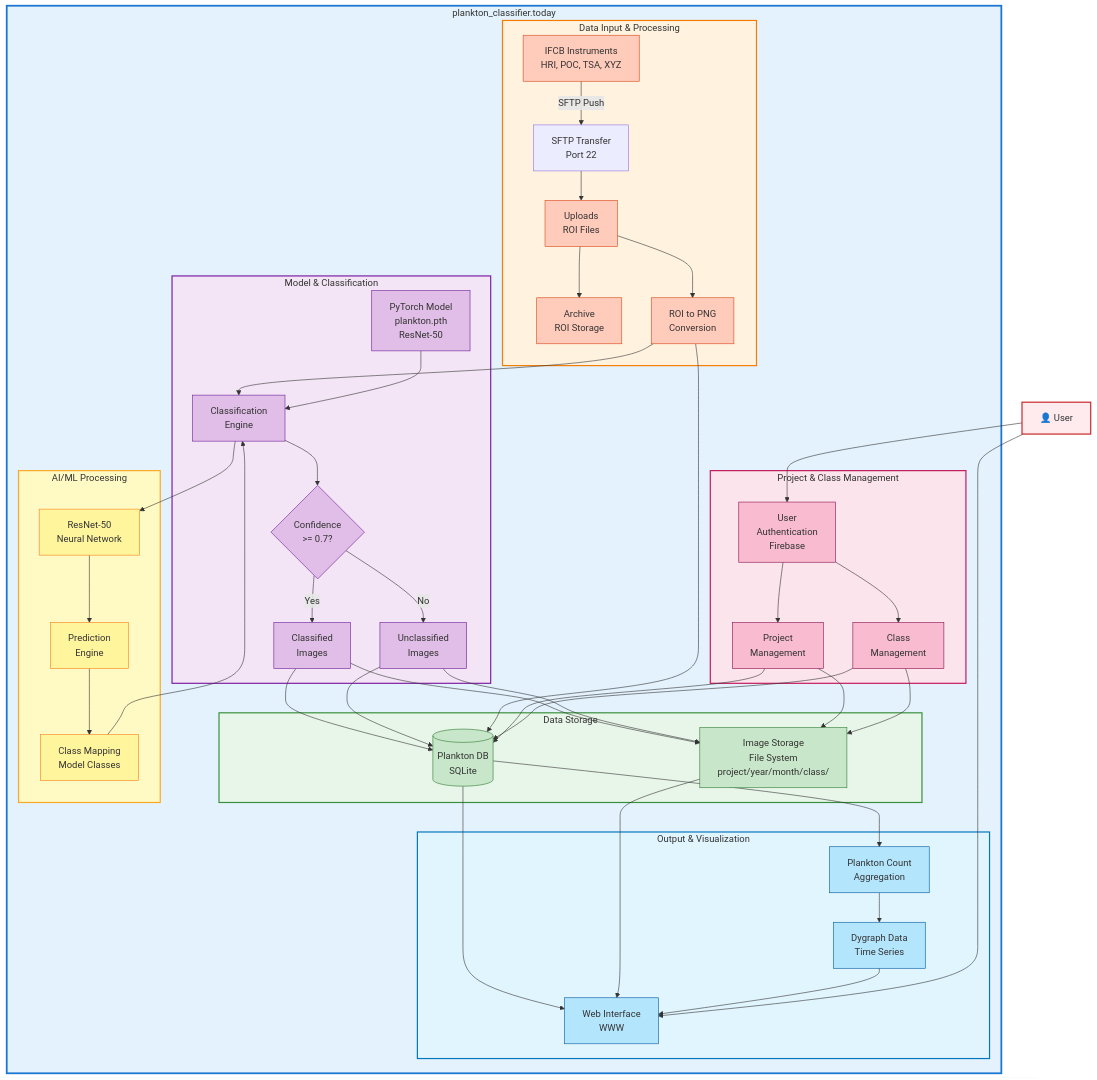
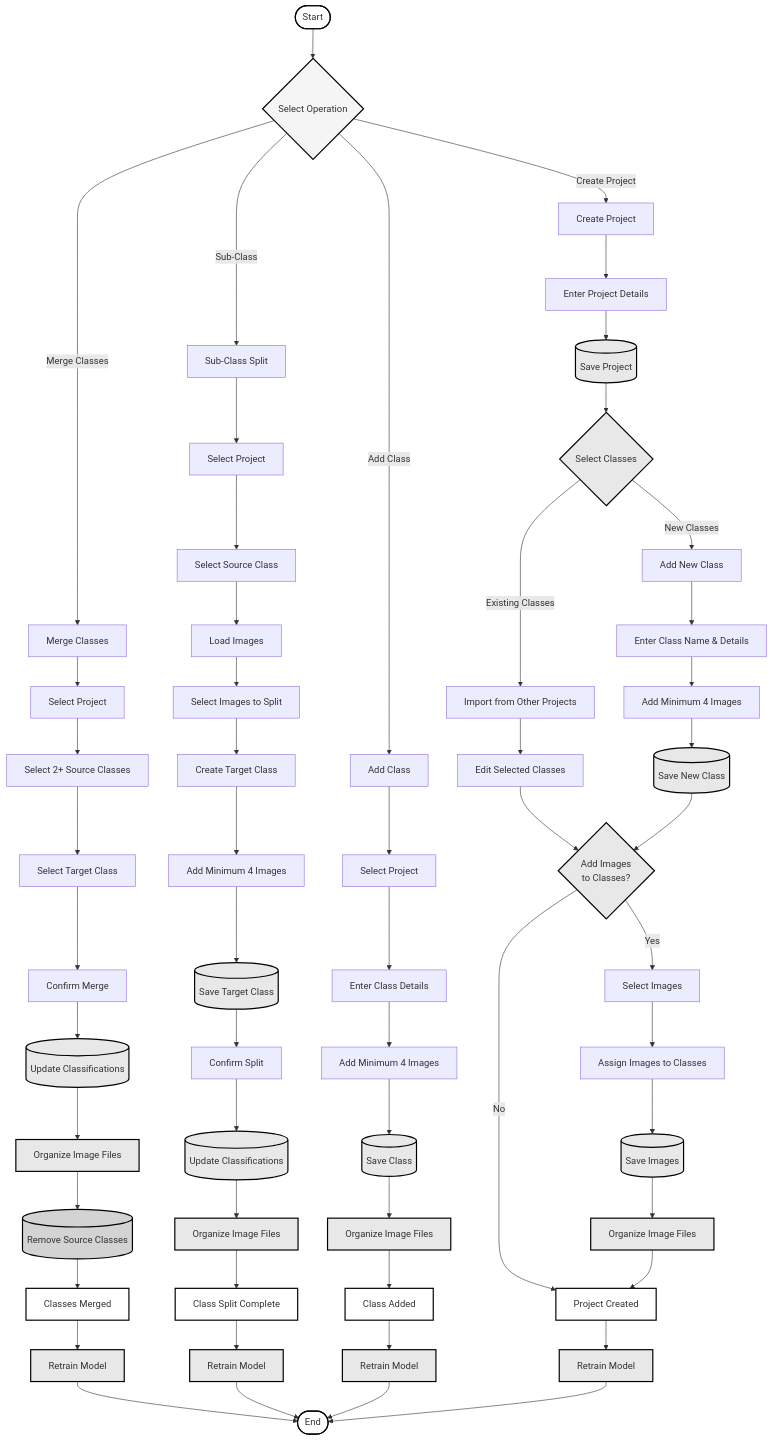
Before and after one commit to sedama29/epredict_app_image_generation: the diagram in flowchart2.md, drawn with Mermaid. The commit also changed other lines of this file, not shown here.

Commit message:
Revise flowchart for project and class management
Updated the flowchart to reflect project and class management processes, including project creation, class merging, sub-classing, and model retraining.

````diff
--- a/flowchart2.md
+++ b/flowchart2.md
@@ -9,127 +9,103 @@
 ```mermaid
 flowchart TB
-    subgraph System["plankton_classifier.today"]
-        subgraph Input["Data Input & Processing"]
-            IFCB1[IFCB Instruments<br/>HRI, POC, TSA, XYZ]
-            SFTP[SFTP Transfer<br/>Port 22]
-            Uploads[Uploads<br/>ROI Files]
-            Archive[Archive<br/>ROI Storage]
-            ROIToPNG[ROI to PNG<br/>Conversion]
-        end
-        
-        subgraph Storage["Data Storage"]
-            PlanktonDB[(Plankton DB<br/>SQLite)]
-            ImageStorage[Image Storage<br/>File System<br/>project/year/month/class/]
-        end
-        
-        subgraph Models["Model & Classification"]
-            ModelFile[PyTorch Model<br/>plankton.pth<br/>ResNet-50]
-            Classification[Classification<br/>Engine]
-            ConfidenceCheck{Confidence<br/>>= 0.7?}
-            Classified[Classified<br/>Images]
-            Unclassified[Unclassified<br/>Images]
-        end
-        
-        subgraph ML["AI/ML Processing"]
-            ResNet[ResNet-50<br/>Neural Network]
-            Prediction[Prediction<br/>Engine]
-            ClassMapping[Class Mapping<br/>Model Classes]
-        end
-        
-        subgraph Output["Output & Visualization"]
-            DygraphData[Dygraph Data<br/>Time Series]
-            CountData[Plankton Count<br/>Aggregation]
-            WebInterface[Web Interface<br/>WWW]
-        end
-        
-        subgraph Management["Project & Class Management"]
-            ProjectMgmt[Project<br/>Management]
-            ClassMgmt[Class<br/>Management]
-            UserAuth[User<br/>Authentication<br/>Firebase]
-        end
-    end
+    Start([Start]) --> MainMenu{Select Operation}
     
-    User[👤 User]
+    %% PROJECT CREATION
+    MainMenu -->|Create Project| CreateProject[Create Project]
+    CreateProject --> EnterDetails[Enter Project Details]
+    EnterDetails --> SaveProject[(Save Project)]
+    SaveProject --> SelectClasses{Select Classes}
     
-    %% Data Flow - Input
-    IFCB1 -->|SFTP Push| SFTP
-    SFTP --> Uploads
-    Uploads --> Archive
-    Uploads --> ROIToPNG
+    SelectClasses -->|Existing Classes| ImportClasses[Import from Other Projects]
+    SelectClasses -->|New Classes| AddNewClass[Add New Class]
     
-    %% Data Flow - Processing
-    ROIToPNG --> Classification
-    ModelFile --> Classification
-    Classification --> ConfidenceCheck
-    ConfidenceCheck -->|Yes| Classified
-    ConfidenceCheck -->|No| Unclassified
+    ImportClasses --> EditClasses[Edit Selected Classes]
+    EditClasses --> AddImagesToClasses{Add Images<br/>to Classes?}
     
-    %% Data Flow - ML
-    Classification --> ResNet
-    ResNet --> Prediction
-    Prediction --> ClassMapping
-    ClassMapping --> Classification
+    AddNewClass --> EnterClassDetails[Enter Class Name & Details]
+    EnterClassDetails --> AddMinImages[Add Minimum 4 Images]
+    AddMinImages --> SaveNewClass[(Save New Class)]
+    SaveNewClass --> AddImagesToClasses
     
-    %% Data Flow - Storage
-    Classified --> ImageStorage
-    Unclassified --> ImageStorage
-    Classified --> PlanktonDB
-    Unclassified --> PlanktonDB
-    ROIToPNG --> PlanktonDB
+    AddImagesToClasses -->|Yes| SelectImages[Select Images]
+    AddImagesToClasses -->|No| ProjectComplete[Project Created]
     
-    %% Data Flow - Output
-    PlanktonDB --> CountData
-    CountData --> DygraphData
-    PlanktonDB --> WebInterface
-    ImageStorage --> WebInterface
-    DygraphData --> WebInterface
+    SelectImages --> AssignImages[Assign Images to Classes]
+    AssignImages --> SaveImages[(Save Images)]
+    SaveImages --> OrganizeFiles[Organize Image Files]
+    OrganizeFiles --> ProjectComplete
     
-    %% Management Flow
-    User --> UserAuth
-    UserAuth --> ProjectMgmt
-    UserAuth --> ClassMgmt
-    ProjectMgmt --> PlanktonDB
-    ClassMgmt --> PlanktonDB
-    ProjectMgmt --> ImageStorage
-    ClassMgmt --> ImageStorage
+    %% CLASS MERGING
+    MainMenu -->|Merge Classes| MergeClasses[Merge Classes]
+    MergeClasses --> SelectProject1[Select Project]
+    SelectProject1 --> SelectSourceClasses[Select 2+ Source Classes]
+    SelectSourceClasses --> SelectTargetClass[Select Target Class]
+    SelectTargetClass --> ConfirmMerge[Confirm Merge]
+    ConfirmMerge --> UpdateClassifications[(Update Classifications)]
+    UpdateClassifications --> OrganizeFilesMerge[Organize Image Files]
+    OrganizeFilesMerge --> RemoveSources[(Remove Source Classes)]
+    RemoveSources --> MergeComplete[Classes Merged]
+    MergeComplete --> RetrainModel1[Retrain Model]
     
-    %% User Access
-    User --> WebInterface
+    %% SUB-CLASSING
+    MainMenu -->|Sub-Class| SubClass[Sub-Class Split]
+    SubClass --> SelectProject2[Select Project]
+    SelectProject2 --> SelectSourceClass[Select Source Class]
+    SelectSourceClass --> LoadImages[Load Images]
+    LoadImages --> SelectImagesSplit[Select Images to Split]
+    SelectImagesSplit --> CreateTargetClass[Create Target Class]
+    CreateTargetClass --> AddMinImagesSplit[Add Minimum 4 Images]
+    AddMinImagesSplit --> SaveTargetClass[(Save Target Class)]
+    SaveTargetClass --> ConfirmSplit[Confirm Split]
+    ConfirmSplit --> UpdateSplit[(Update Classifications)]
+    UpdateSplit --> OrganizeFilesSplit[Organize Image Files]
+    OrganizeFilesSplit --> SplitComplete[Class Split Complete]
+    SplitComplete --> RetrainModel2[Retrain Model]
     
-    %% Styling
-    style System fill:#e3f2fd,stroke:#1976d2,stroke-width:3px
-    style Input fill:#fff3e0,stroke:#f57c00,stroke-width:2px
-    style Storage fill:#e8f5e9,stroke:#388e3c,stroke-width:2px
-    style Models fill:#f3e5f5,stroke:#7b1fa2,stroke-width:2px
-    style ML fill:#fff9c4,stroke:#f9a825,stroke-width:2px
-    style Output fill:#e1f5fe,stroke:#0277bd,stroke-width:2px
-    style Management fill:#fce4ec,stroke:#c2185b,stroke-width:2px
+    %% ADD NEW CLASS TO EXISTING PROJECT
+    MainMenu -->|Add Class| AddClass[Add Class]
+    AddClass --> SelectProject3[Select Project]
+    SelectProject3 --> EnterNewClass[Enter Class Details]
+    EnterNewClass --> AddMinImagesNew[Add Minimum 4 Images]
+    AddMinImagesNew --> SaveClassNew[(Save Class)]
+    SaveClassNew --> OrganizeFilesNew[Organize Image Files]
+    OrganizeFilesNew --> ClassAdded[Class Added]
+    ClassAdded --> RetrainModel3[Retrain Model]
     
-    style IFCB1 fill:#ffccbc,stroke:#d84315
-    style Uploads fill:#ffccbc,stroke:#d84315
-    style Archive fill:#ffccbc,stroke:#d84315
-    style ROIToPNG fill:#ffccbc,stroke:#d84315
+    ProjectComplete --> RetrainModel4[Retrain Model]
+    RetrainModel1 --> End([End])
+    RetrainModel2 --> End
+    RetrainModel3 --> End
+    RetrainModel4 --> End
     
-    style PlanktonDB fill:#c8e6c9,stroke:#2e7d32
-    style ImageStorage fill:#c8e6c9,stroke:#2e7d32
+    %% Styling - Simple Black and White
+    style Start fill:#ffffff,stroke:#000000,stroke-width:2px
+    style MainMenu fill:#f5f5f5,stroke:#000000,stroke-width:2px
+    style SelectClasses fill:#e8e8e8,stroke:#000000,stroke-width:2px
+    style AddImagesToClasses fill:#e8e8e8,stroke:#000000,stroke-width:2px
     
-    style ModelFile fill:#e1bee7,stroke:#6a1b9a
-    style Classification fill:#e1bee7,stroke:#6a1b9a
-    style ConfidenceCheck fill:#e1bee7,stroke:#6a1b9a
-    style Classified fill:#e1bee7,stroke:#6a1b9a
-    style Unclassified fill:#e1bee7,stroke:#6a1b9a
+    style ProjectComplete fill:#ffffff,stroke:#000000,stroke-width:2px
+    style MergeComplete fill:#ffffff,stroke:#000000,stroke-width:2px
+    style SplitComplete fill:#ffffff,stroke:#000000,stroke-width:2px
+    style ClassAdded fill:#ffffff,stroke:#000000,stroke-width:2px
+    style End fill:#ffffff,stroke:#000000,stroke-width:2px
     
-    style ResNet fill:#fff59d,stroke:#f57f17
-    style Prediction fill:#fff59d,stroke:#f57f17
-    style ClassMapping fill:#fff59d,stroke:#f57f17
+    style SaveProject fill:#e8e8e8,stroke:#000000,stroke-width:2px
+    style SaveNewClass fill:#e8e8e8,stroke:#000000,stroke-width:2px
+    style SaveImages fill:#e8e8e8,stroke:#000000,stroke-width:2px
+    style UpdateClassifications fill:#e8e8e8,stroke:#000000,stroke-width:2px
+    style RemoveSources fill:#d3d3d3,stroke:#000000,stroke-width:2px
+    style SaveTargetClass fill:#e8e8e8,stroke:#000000,stroke-width:2px
+    style UpdateSplit fill:#e8e8e8,stroke:#000000,stroke-width:2px
+    style SaveClassNew fill:#e8e8e8,stroke:#000000,stroke-width:2px
     
-    style DygraphData fill:#b3e5fc,stroke:#01579b
-    style CountData fill:#b3e5fc,stroke:#01579b
-    style WebInterface fill:#b3e5fc,stroke:#01579b
+    style OrganizeFiles fill:#e8e8e8,stroke:#000000,stroke-width:2px
+    style OrganizeFilesMerge fill:#e8e8e8,stroke:#000000,stroke-width:2px
+    style OrganizeFilesSplit fill:#e8e8e8,stroke:#000000,stroke-width:2px
+    style OrganizeFilesNew fill:#e8e8e8,stroke:#000000,stroke-width:2px
     
-    style ProjectMgmt fill:#f8bbd0,stroke:#880e4f
-    style ClassMgmt fill:#f8bbd0,stroke:#880e4f
-    style UserAuth fill:#f8bbd0,stroke:#880e4f
-    
-    style User fill:#ffebee,stroke:#c62828,stroke-width:2px
+    style RetrainModel1 fill:#e8e8e8,stroke:#000000,stroke-width:2px
+    style RetrainModel2 fill:#e8e8e8,stroke:#000000,stroke-width:2px
+    style RetrainModel3 fill:#e8e8e8,stroke:#000000,stroke-width:2px
+    style RetrainModel4 fill:#e8e8e8,stroke:#000000,stroke-width:2px
 ```
````
